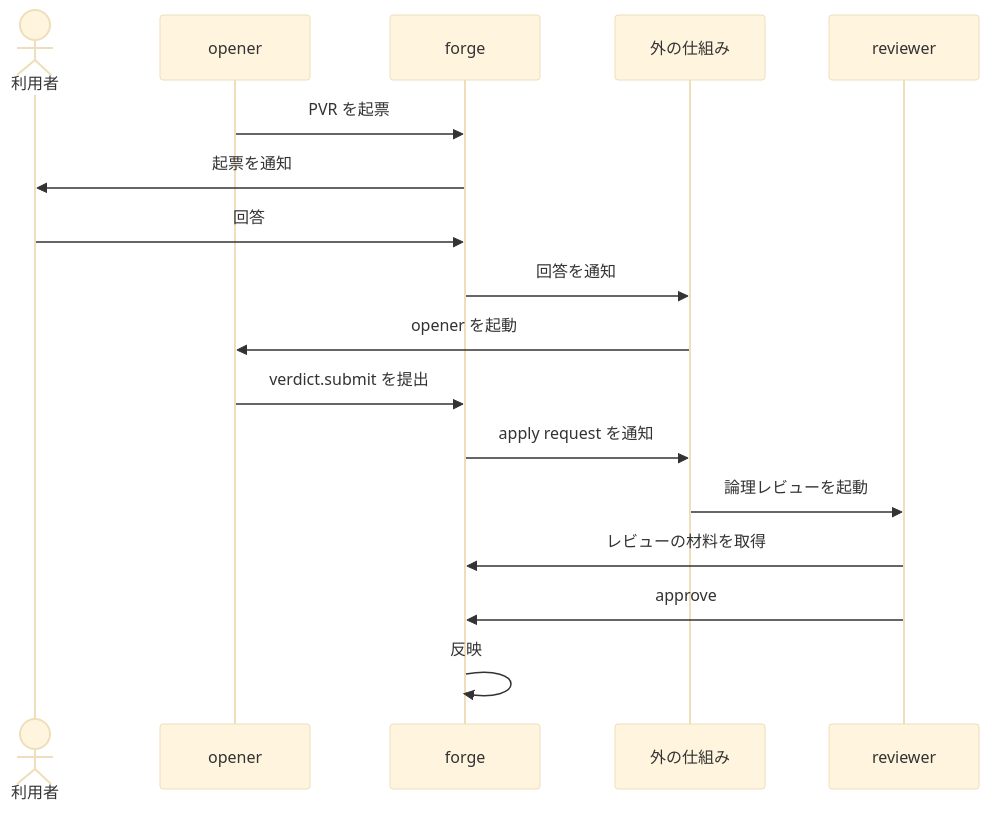
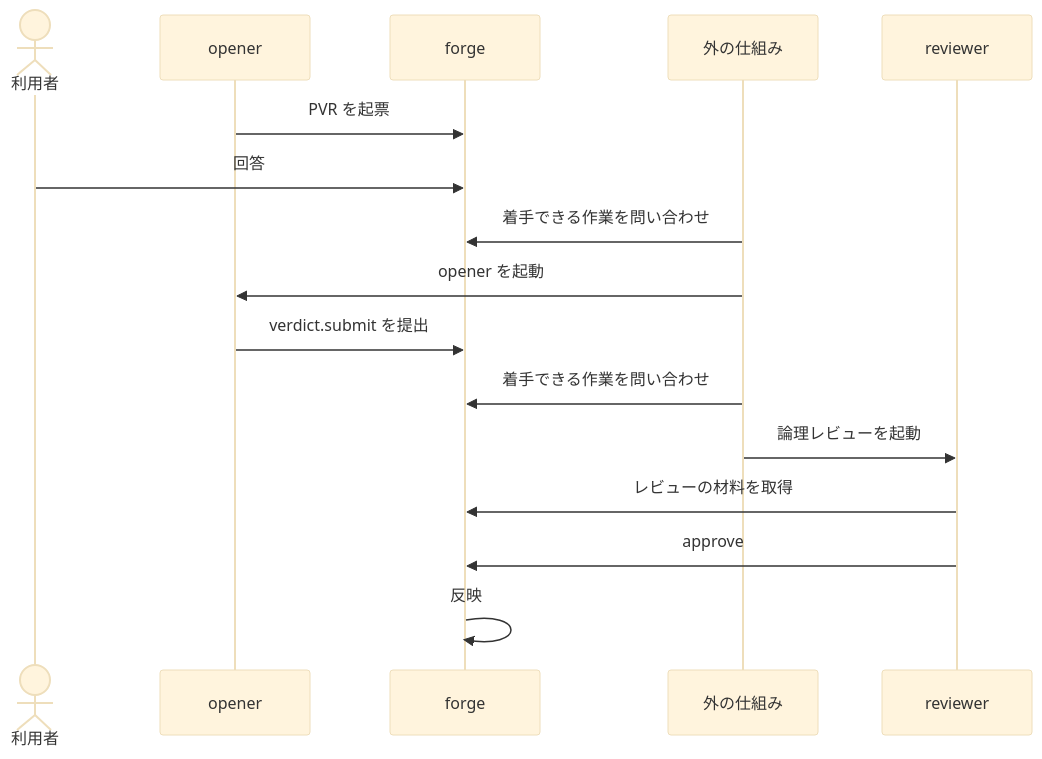
One commit to yamambainc/logiforge changed the diagram in docs/human-requests/README.md. Above: the diagram before and after it, drawn with Mermaid (base theme). The commit also changed other lines of this file and 51 other files, not shown here.

````diff
--- a/docs/human-requests/README.md
+++ b/docs/human-requests/README.md
@@ -45,19 +45,18 @@
 ```mermaid
 sequenceDiagram
   actor U as 利用者
   participant O as opener
   participant H as forge
   participant X as 外の仕組み
   participant R as reviewer
   O->>H: PVR を起票
-  H->>U: 起票を通知
   U->>H: 回答
-  H->>X: 回答を通知
+  X->>H: 着手できる作業を問い合わせ
   X->>O: opener を起動
   O->>H: verdict.submit を提出
-  H->>X: apply request を通知
+  X->>H: 着手できる作業を問い合わせ
   X->>R: 論理レビューを起動
   R->>H: レビューの材料を取得
   R->>H: approve
   H->>H: 反映
 ```
````
